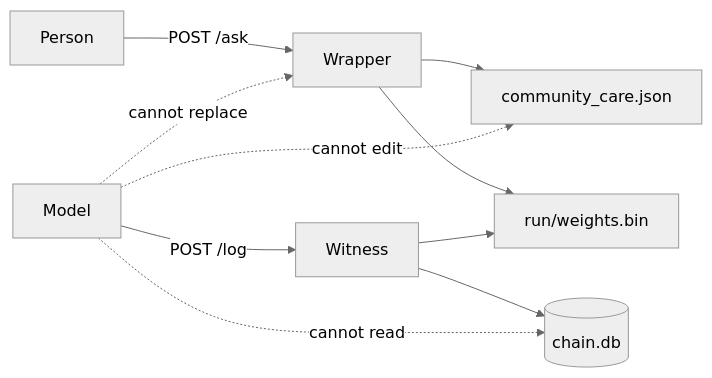
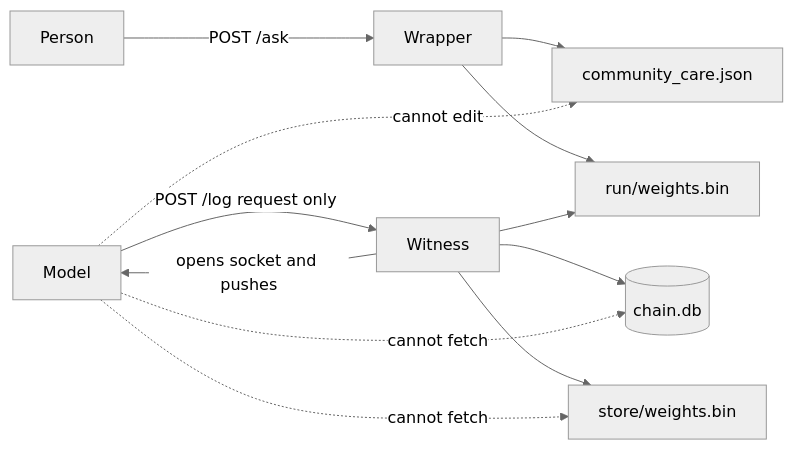
The diagram in README.md (RogerWillko/witness-ledger), drawn with Mermaid (neutral theme) before and after one commit. The commit also changed other lines of this file and 3 other files, not shown here.

````diff
--- a/README.md
+++ b/README.md
@@ -14,12 +14,14 @@
 ```mermaid
 flowchart LR
   Person -->|POST /ask| Wrapper
-  Model -->|POST /log| Witness
+  Model -->|POST /log request only| Witness
+  Witness -->|opens socket and pushes| Model
   Wrapper --> Care[community_care.json]
   Wrapper --> Live[run/weights.bin]
   Witness --> Chain[(chain.db)]
+  Witness --> Store[store/weights.bin]
   Witness --> Live
-  Model -.->|cannot read| Chain
+  Model -.->|cannot fetch| Chain
+  Model -.->|cannot fetch| Store
   Model -.->|cannot edit| Care
-  Model -.->|cannot replace| Wrapper
 ```
````
